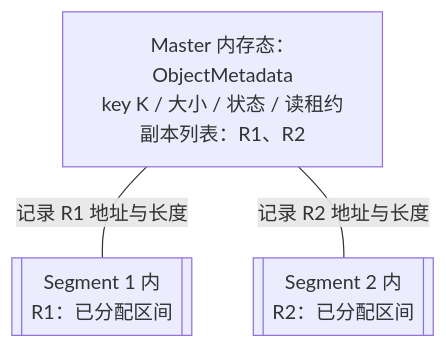
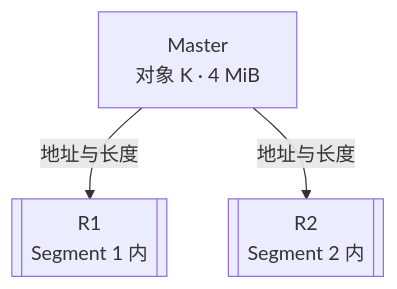
Before and after one commit to Hansyangxingxiang/Mooncake: the first of 2 diagrams in mooncake-kv-cache-series/wechat/02-objects-and-replicas.md, drawn with Mermaid. The commit also changed other lines of this file and 12 other files, not shown here.

````diff
--- a/mooncake-kv-cache-series/wechat/02-objects-and-replicas.md
+++ b/mooncake-kv-cache-series/wechat/02-objects-and-replicas.md
@@ -40,8 +36,8 @@
 ```mermaid
 flowchart TB
-    OM["Master 内存态：ObjectMetadata<br/>key K / 大小 / 状态 / 读租约<br/>副本列表：R1、R2"]
-    R1[["Segment 1 内<br/>R1：已分配区间"]]
-    R2[["Segment 2 内<br/>R2：已分配区间"]]
-    OM ---|"记录 R1 地址与长度"| R1
-    OM ---|"记录 R2 地址与长度"| R2
+    OM["Master<br/>对象 K · 4 MiB"]
+    R1[["R1<br/>Segment 1 内"]]
+    R2[["R2<br/>Segment 2 内"]]
+    OM -->|"地址与长度"| R1
+    OM -->|"地址与长度"| R2
 ```
````
